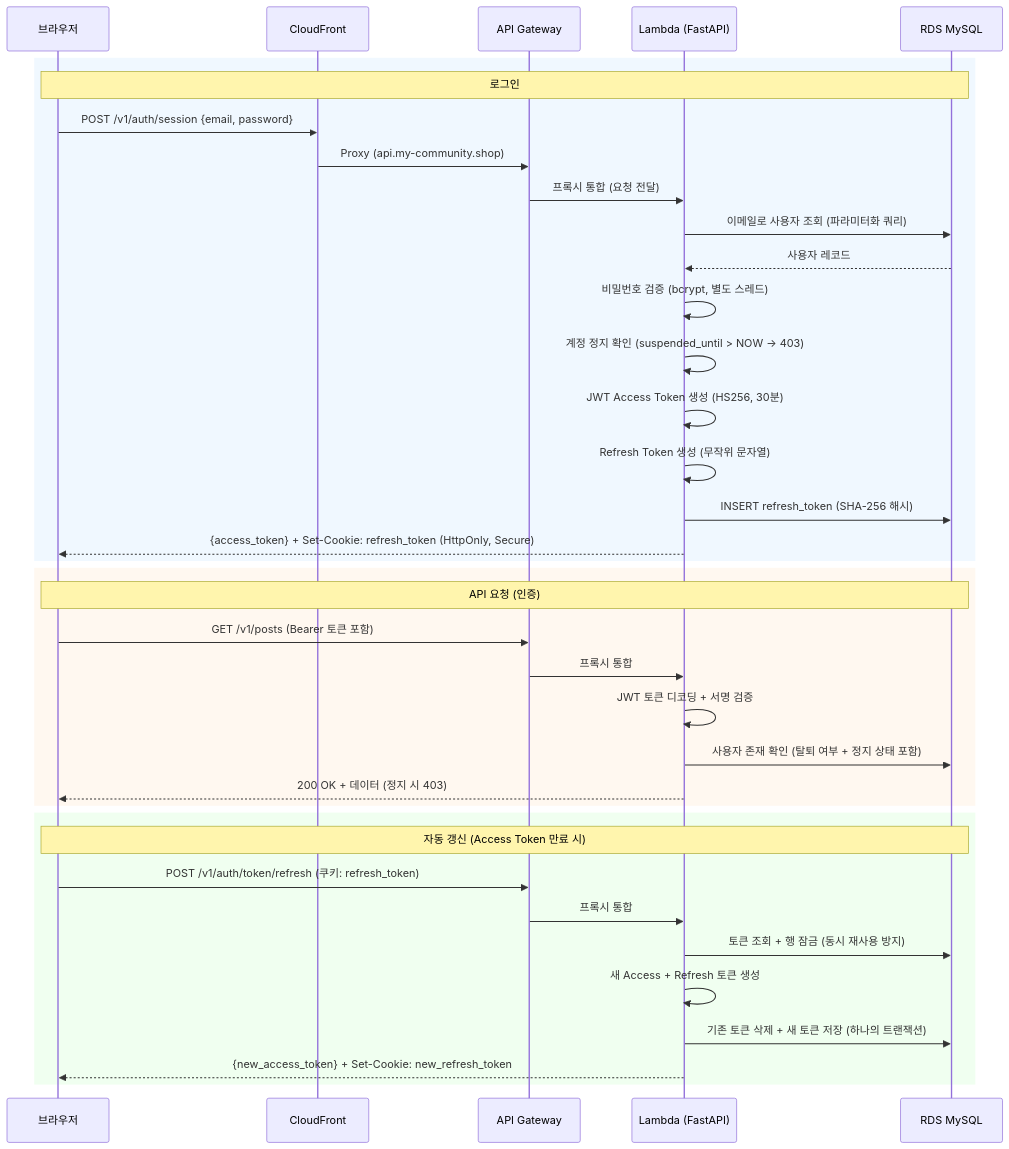
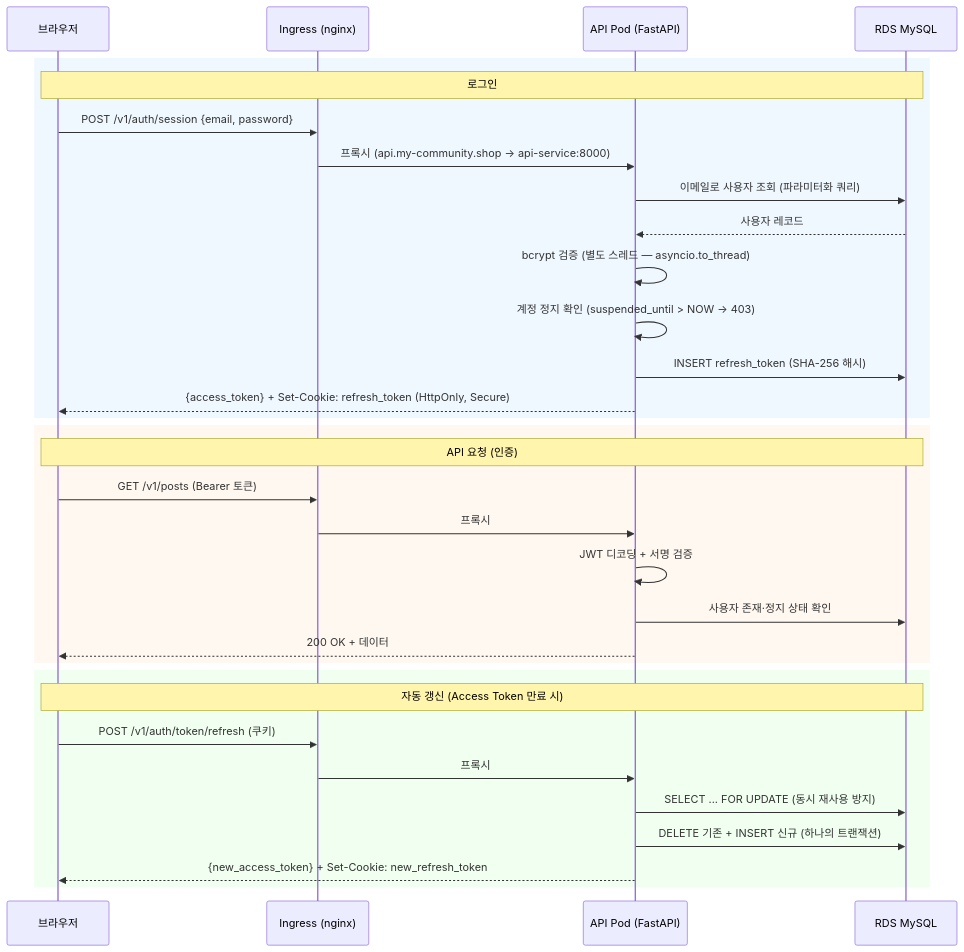
One commit to 80-hours-a-week/2-cho-community-be changed the fourth of 18 diagrams in report.md. Above: the diagram before and after it, drawn with Mermaid. The commit also changed other lines of this file, not shown here.

First line of the commit message:
docs: report.md Lambda→K8s 아키텍처 전면 갱신

````diff
--- a/report.md
+++ b/report.md
@@ -345,42 +254,37 @@
 ```mermaid
 sequenceDiagram
     participant Client as 브라우저
-    participant CF as CloudFront
-    participant APIGW as API Gateway
-    participant Lambda as Lambda (FastAPI)
+    participant Ingress as Ingress (nginx)
+    participant API as API Pod (FastAPI)
     participant RDS as RDS MySQL
 
     rect rgb(240, 248, 255)
         Note over Client,RDS: 로그인
-        Client->>CF: POST /v1/auth/session {email, password}
-        CF->>APIGW: Proxy (api.my-community.shop)
-        APIGW->>Lambda: 프록시 통합 (요청 전달)
-        Lambda->>RDS: 이메일로 사용자 조회 (파라미터화 쿼리)
-        RDS-->>Lambda: 사용자 레코드
-        Lambda->>Lambda: 비밀번호 검증 (bcrypt, 별도 스레드)
-        Lambda->>Lambda: 계정 정지 확인 (suspended_until > NOW → 403)
-        Lambda->>Lambda: JWT Access Token 생성 (HS256, 30분)
-        Lambda->>Lambda: Refresh Token 생성 (무작위 문자열)
-        Lambda->>RDS: INSERT refresh_token (SHA-256 해시)
-        Lambda-->>Client: {access_token} + Set-Cookie: refresh_token (HttpOnly, Secure)
+        Client->>Ingress: POST /v1/auth/session {email, password}
+        Ingress->>API: 프록시 (api.my-community.shop → api-service:8000)
+        API->>RDS: 이메일로 사용자 조회 (파라미터화 쿼리)
+        RDS-->>API: 사용자 레코드
+        API->>API: bcrypt 검증 (별도 스레드 — asyncio.to_thread)
+        API->>API: 계정 정지 확인 (suspended_until > NOW → 403)
+        API->>RDS: INSERT refresh_token (SHA-256 해시)
+        API-->>Client: {access_token} + Set-Cookie: refresh_token (HttpOnly, Secure)
     end
 
     rect rgb(255, 248, 240)
         Note over Client,RDS: API 요청 (인증)
-        Client->>APIGW: GET /v1/posts (Bearer 토큰 포함)
-        APIGW->>Lambda: 프록시 통합
-        Lambda->>Lambda: JWT 토큰 디코딩 + 서명 검증
-        Lambda->>RDS: 사용자 존재 확인 (탈퇴 여부 + 정지 상태 포함)
-        Lambda-->>Client: 200 OK + 데이터 (정지 시 403)
+        Client->>Ingress: GET /v1/posts (Bearer 토큰)
+        Ingress->>API: 프록시
+        API->>API: JWT 디코딩 + 서명 검증
+        API->>RDS: 사용자 존재·정지 상태 확인
+        API-->>Client: 200 OK + 데이터
     end
 
     rect rgb(240, 255, 240)
         Note over Client,RDS: 자동 갱신 (Access Token 만료 시)
-        Client->>APIGW: POST /v1/auth/token/refresh (쿠키: refresh_token)
-        APIGW->>Lambda: 프록시 통합
-        Lambda->>RDS: 토큰 조회 + 행 잠금 (동시 재사용 방지)
-        Lambda->>Lambda: 새 Access + Refresh 토큰 생성
-        Lambda->>RDS: 기존 토큰 삭제 + 새 토큰 저장 (하나의 트랜잭션)
-        Lambda-->>Client: {new_access_token} + Set-Cookie: new_refresh_token
+        Client->>Ingress: POST /v1/auth/token/refresh (쿠키)
+        Ingress->>API: 프록시
+        API->>RDS: SELECT ... FOR UPDATE (동시 재사용 방지)
+        API->>RDS: DELETE 기존 + INSERT 신규 (하나의 트랜잭션)
+        API-->>Client: {new_access_token} + Set-Cookie: new_refresh_token
     end
 ```
````
